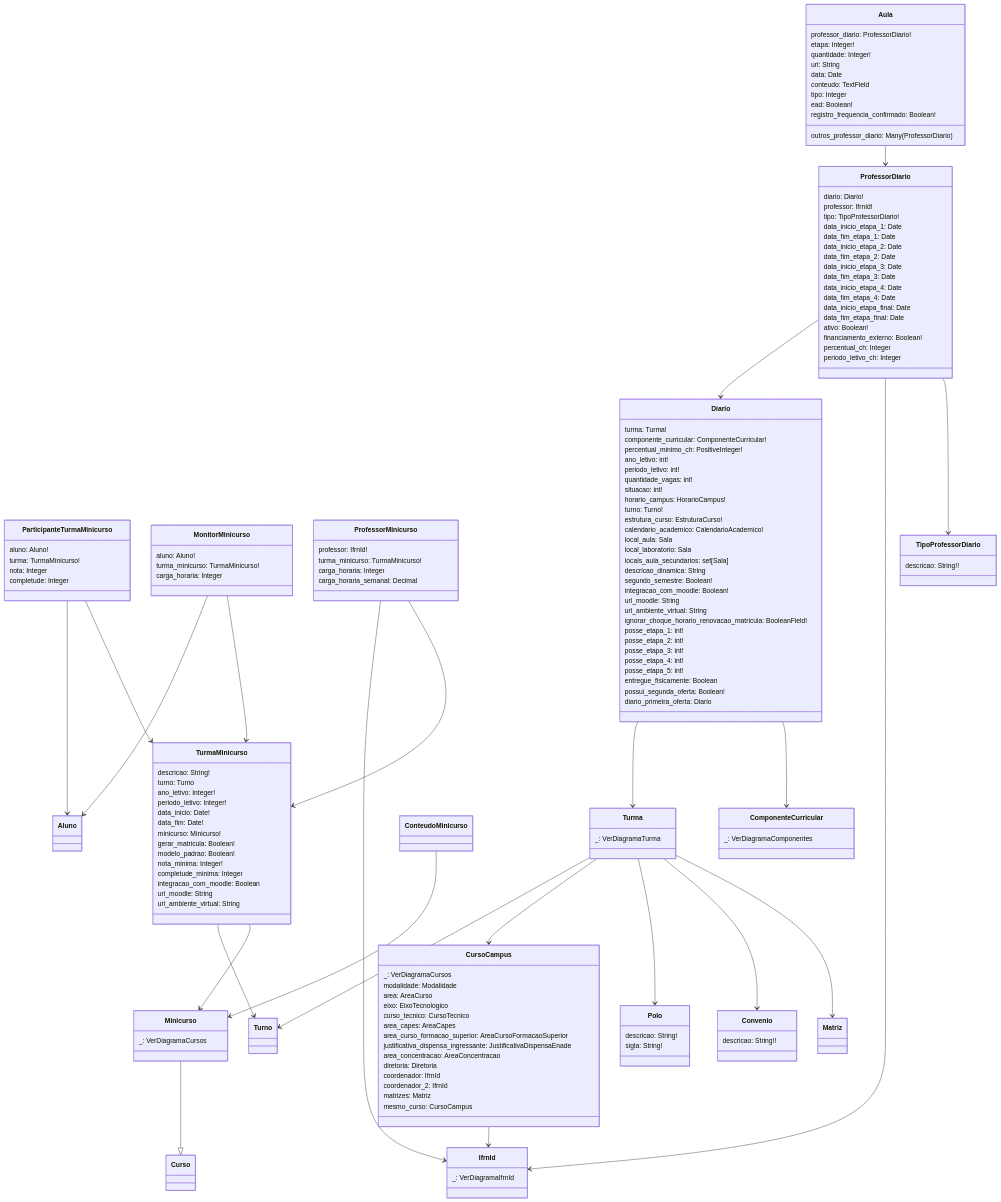
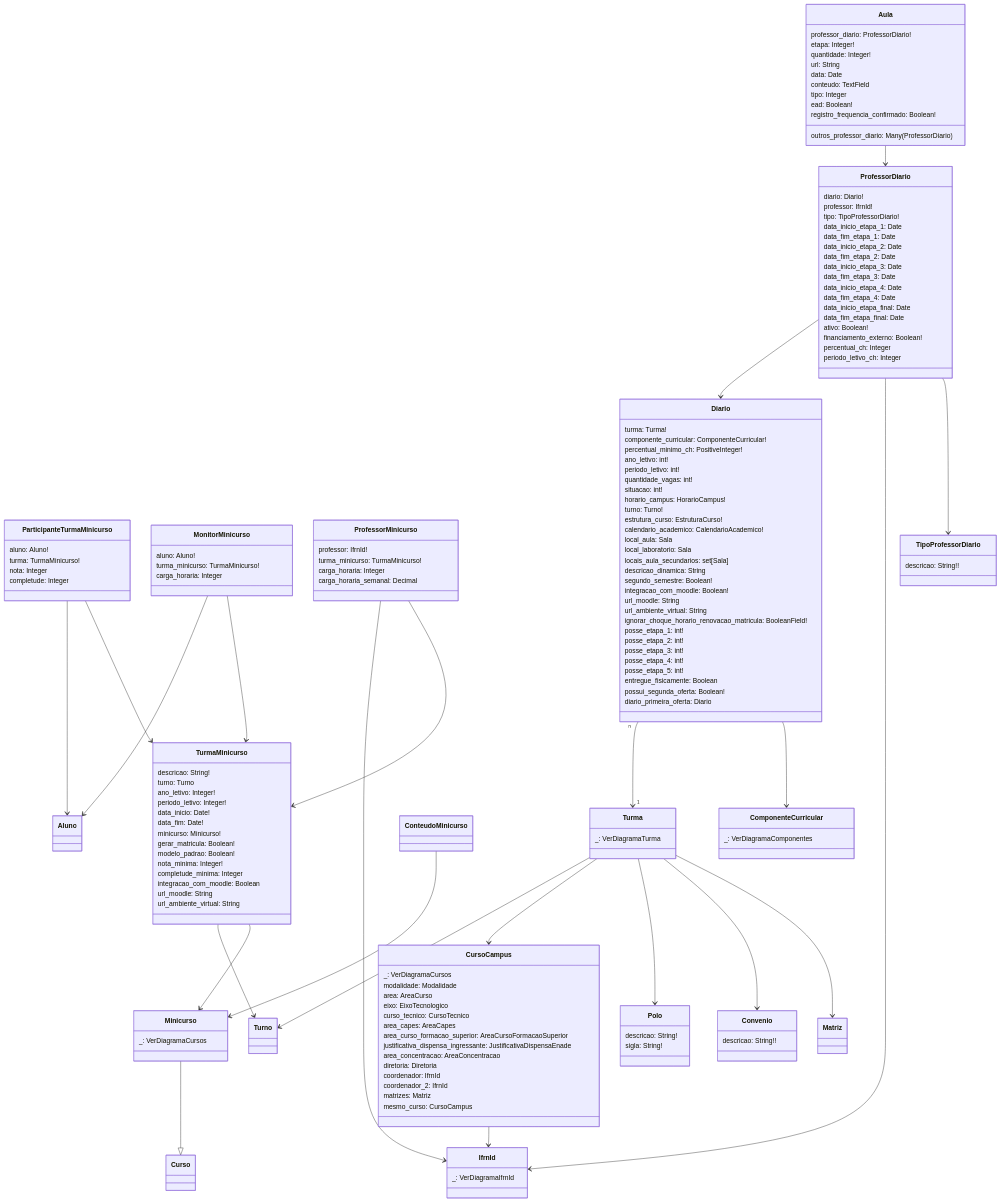
Before and after one commit to cte-zl-ifrn/cte-zl-ifrn.github.io: the diagram in suap/edu/diarios.md, drawn with Mermaid.

Commit message:
ajustes no diagrama de diários

```diff
--- a/suap/edu/diarios.md
+++ b/suap/edu/diarios.md
@@ -137,6 +137,8 @@
         registro_frequencia_confirmado: Boolean!
     }
 
+    Diario "n" --> "1" Turma
+
     CursoCampus --> IfrnId
 
     Minicurso --|> Curso
@@ -161,7 +163,6 @@
     ProfessorMinicurso --> IfrnId
     ProfessorMinicurso --> TurmaMinicurso
 
-    Diario --> Turma
     Diario --> ComponenteCurricular
     %% Diario --> Turno
     %% Diario --> HorarioCampus
```
